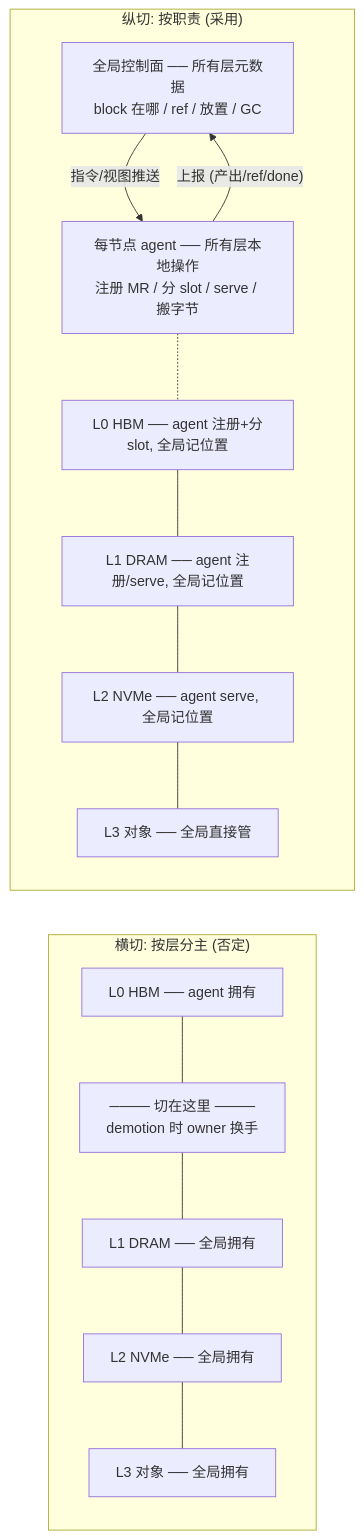
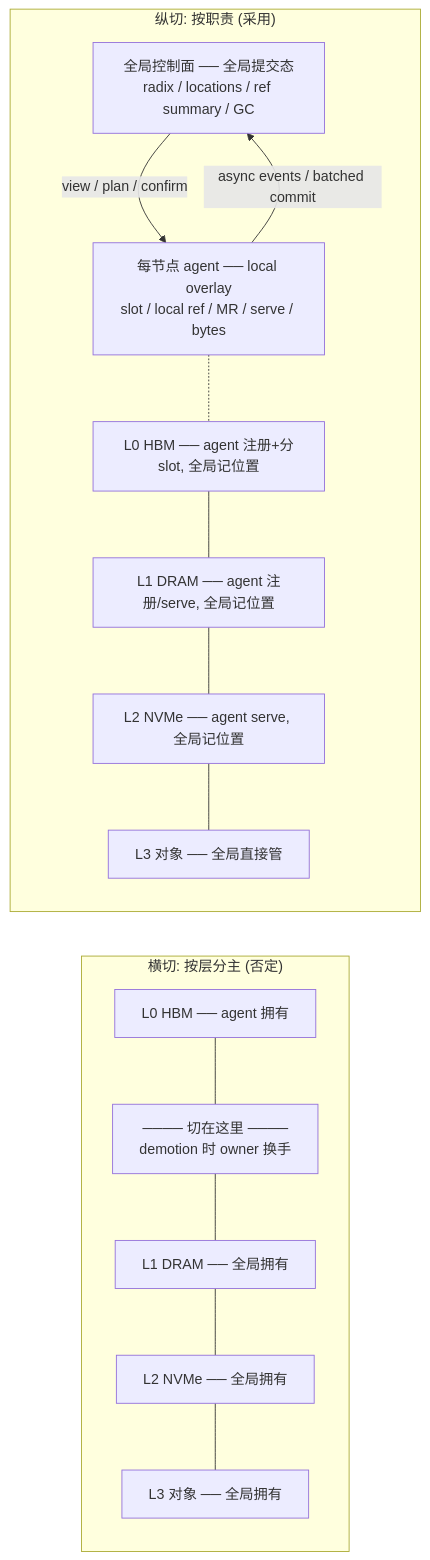
One commit to chengda-wu/lake changed the diagram in docs/architecture/storage-layer.md. Above: the diagram before and after it, drawn with Mermaid. The commit also changed other lines of this file and 3 other files, not shown here.

First line of the commit message:
docs(P4): 明确 agent local overlay 边界

````diff
--- a/docs/architecture/storage-layer.md
+++ b/docs/architecture/storage-layer.md
@@ -55,26 +55,26 @@
 ```mermaid
 flowchart LR
     subgraph HZ["横切: 按层分主 (否定)"]
         direction TB
         H_L0["L0 HBM ── agent 拥有"]
         H_CUT["──── 切在这里 ────\ndemotion 时 owner 换手"]
         H_L1["L1 DRAM ── 全局拥有"]
         H_L2["L2 NVMe ── 全局拥有"]
         H_L3["L3 对象  ── 全局拥有"]
         H_L0 --- H_CUT --- H_L1
         H_L1 --- H_L2 --- H_L3
     end
     subgraph VT["纵切: 按职责 (采用)"]
         direction TB
-        V_GLOBAL["全局控制面 ── 所有层元数据\nblock 在哪 / ref / 放置 / GC"]
-        V_AGENT["每节点 agent ── 所有层本地操作\n注册 MR / 分 slot / serve / 搬字节"]
-        V_GLOBAL -->|"指令/视图推送"| V_AGENT
-        V_AGENT -->|"上报 (产出/ref/done)"| V_GLOBAL
+        V_GLOBAL["全局控制面 ── 全局提交态\nradix / locations / ref summary / GC"]
+        V_AGENT["每节点 agent ── local overlay\nslot / local ref / MR / serve / bytes"]
+        V_GLOBAL -->|"view / plan / confirm"| V_AGENT
+        V_AGENT -->|"async events / batched commit"| V_GLOBAL
         V_L0["L0 HBM ── agent 注册+分slot, 全局记位置"]
         V_L1["L1 DRAM ── agent 注册/serve, 全局记位置"]
         V_L2["L2 NVMe ── agent serve, 全局记位置"]
         V_L3["L3 对象 ── 全局直接管"]
         V_AGENT -.- V_L0
         V_L0 --- V_L1 --- V_L2 --- V_L3
     end
 ```
````
